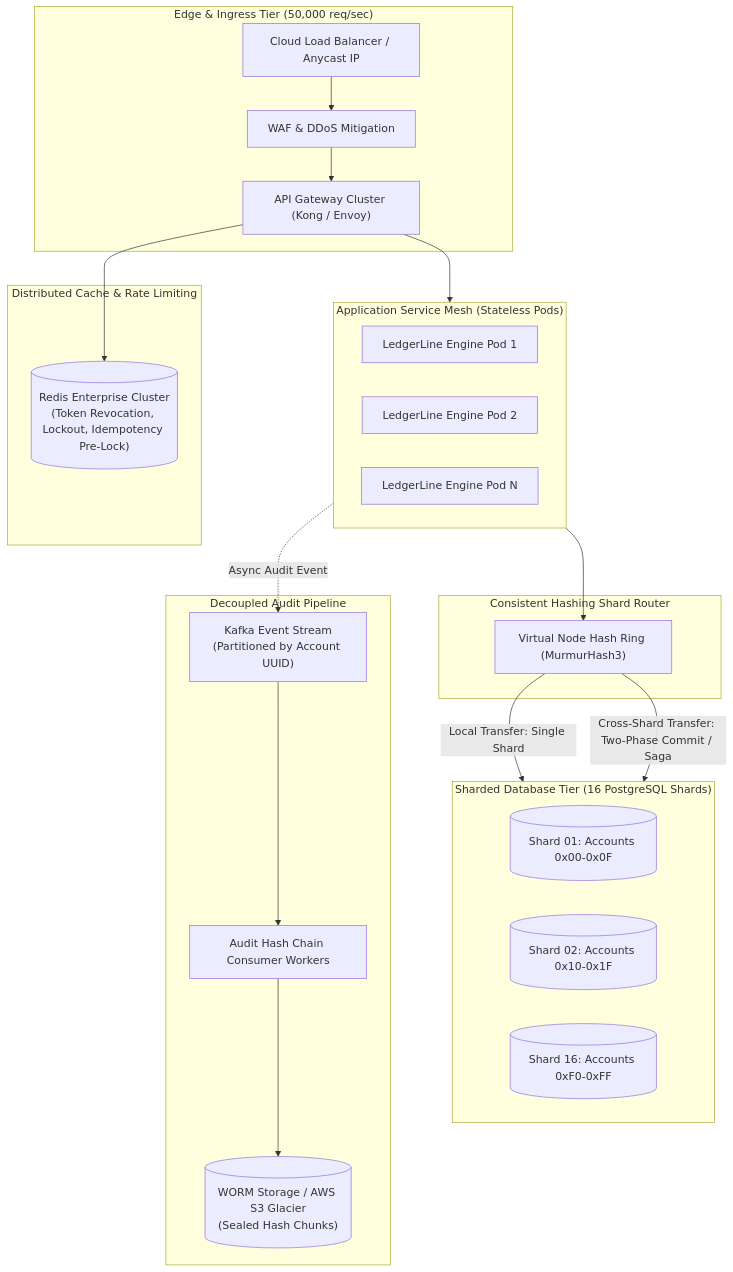
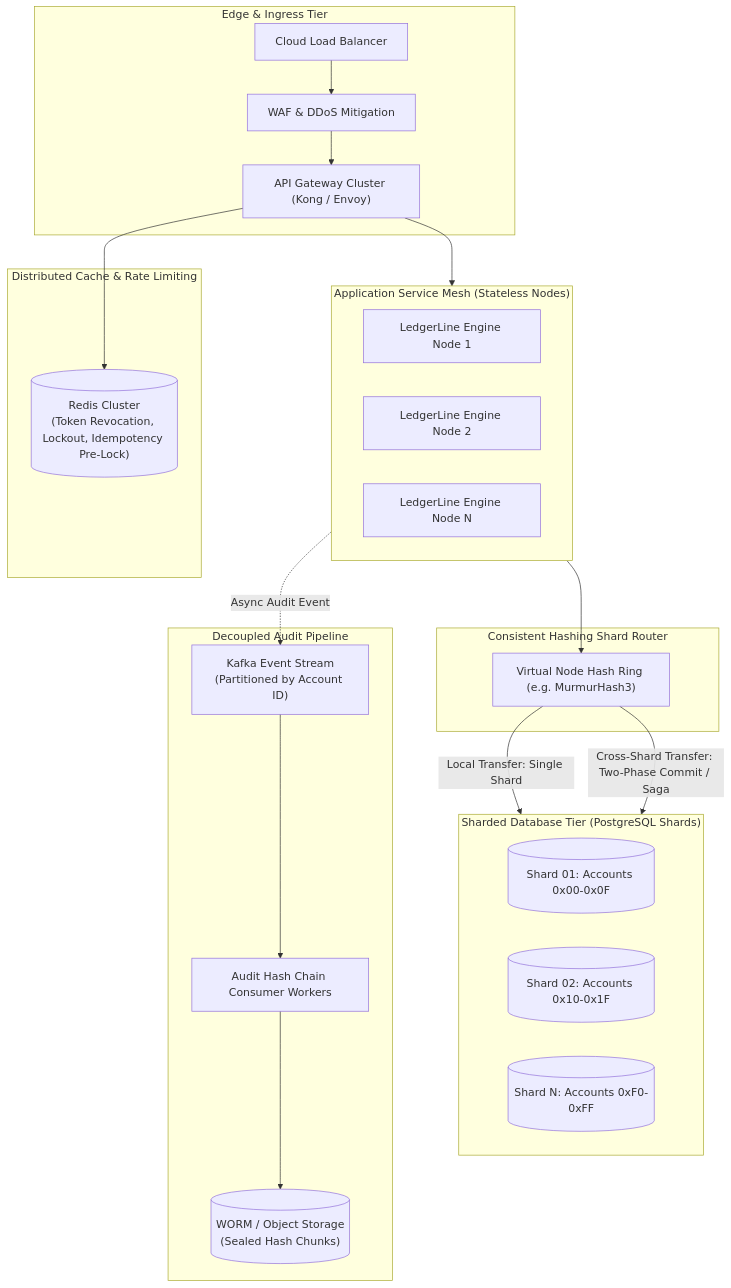
One commit to Riteshmeesala/LedgerLine changed the diagram in INTERVIEW_PREP.md. Above: the diagram before and after it, drawn with Mermaid. The commit also changed other lines of this file, not shown here.

Commit message:
docs(interview): retitle scaling section to hypothetical architecture proposal and remove unmeasured performance metrics

````diff
--- a/INTERVIEW_PREP.md
+++ b/INTERVIEW_PREP.md
@@ -71,43 +71,43 @@
 ```mermaid
 flowchart TD
-    subgraph Ingress ["Edge & Ingress Tier (50,000 req/sec)"]
-        LB["Cloud Load Balancer / Anycast IP"]
+    subgraph Ingress ["Edge & Ingress Tier"]
+        LB["Cloud Load Balancer"]
         WAF["WAF & DDoS Mitigation"]
         APIGW["API Gateway Cluster (Kong / Envoy)"]
     end
 
     subgraph AuthCache ["Distributed Cache & Rate Limiting"]
-        RedisCluster[("Redis Enterprise Cluster<br/>(Token Revocation, Lockout, Idempotency Pre-Lock)")]
+        RedisCluster[("Redis Cluster<br/>(Token Revocation, Lockout, Idempotency Pre-Lock)")]
     end
 
-    subgraph ServiceMesh ["Application Service Mesh (Stateless Pods)"]
-        Pod1["LedgerLine Engine Pod 1"]
-        Pod2["LedgerLine Engine Pod 2"]
-        PodN["LedgerLine Engine Pod N"]
+    subgraph ServiceMesh ["Application Service Mesh (Stateless Nodes)"]
+        Pod1["LedgerLine Engine Node 1"]
+        Pod2["LedgerLine Engine Node 2"]
+        PodN["LedgerLine Engine Node N"]
     end
 
     subgraph PartitionRouter ["Consistent Hashing Shard Router"]
-        Router["Virtual Node Hash Ring (MurmurHash3)"]
+        Router["Virtual Node Hash Ring (e.g. MurmurHash3)"]
     end
 
-    subgraph DBShards ["Sharded Database Tier (16 PostgreSQL Shards)"]
+    subgraph DBShards ["Sharded Database Tier (PostgreSQL Shards)"]
         Shard1[("Shard 01: Accounts 0x00-0x0F")]
         Shard2[("Shard 02: Accounts 0x10-0x1F")]
-        ShardN[("Shard 16: Accounts 0xF0-0xFF")]
+        ShardN[("Shard N: Accounts 0xF0-0xFF")]
     end
 
     subgraph EventStream ["Decoupled Audit Pipeline"]
-        Kafka["Kafka Event Stream<br/>(Partitioned by Account UUID)"]
+        Kafka["Kafka Event Stream<br/>(Partitioned by Account ID)"]
         AuditConsumers["Audit Hash Chain Consumer Workers"]
-        ColdStore[("WORM Storage / AWS S3 Glacier<br/>(Sealed Hash Chunks)")]
+        ColdStore[("WORM / Object Storage<br/>(Sealed Hash Chunks)")]
     end
 
     LB --> WAF --> APIGW
     APIGW --> RedisCluster
     APIGW --> ServiceMesh
     ServiceMesh --> Router
     Router -->|Local Transfer: Single Shard| DBShards
     Router -->|Cross-Shard Transfer: Two-Phase Commit / Saga| DBShards
     ServiceMesh -.->|Async Audit Event| Kafka
     Kafka --> AuditConsumers --> ColdStore
 ```
````
